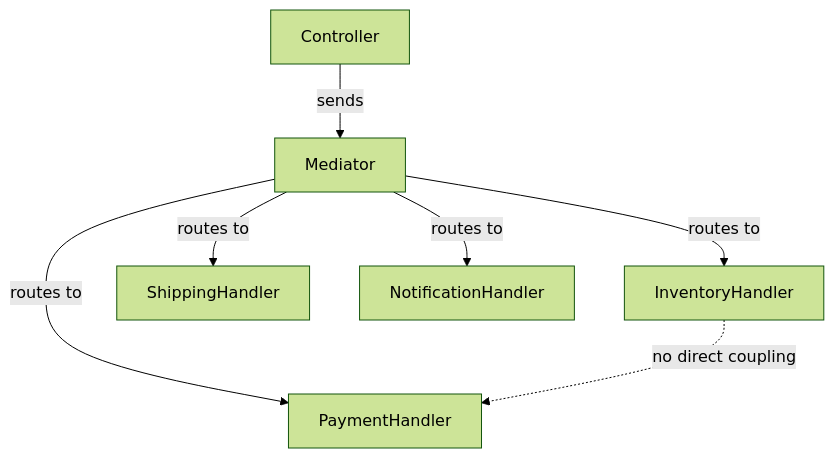
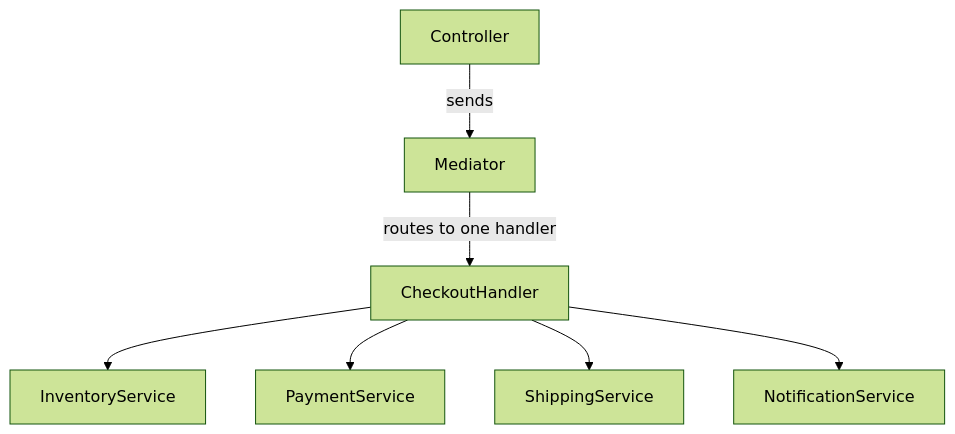
One commit to grafanaKibana/devbook.zip changed the diagram in Vault/Home/Software Architecture/Patterns/Design Patterns/Behavioral/Mediator.md. Above: the diagram before and after it, drawn with Mermaid (forest theme). The commit also changed other lines of this file and 81 other files, not shown here.

Commit message:
notes: Polished Software Architecture

````diff
--- a/Vault/Home/Software Architecture/Patterns/Design Patterns/Behavioral/Mediator.md
+++ b/Vault/Home/Software Architecture/Patterns/Design Patterns/Behavioral/Mediator.md
@@ -18,9 +20,9 @@
 ```mermaid
 flowchart TD
     Controller -->|sends| Mediator
-    Mediator -->|routes to| InventoryHandler
-    Mediator -->|routes to| PaymentHandler
-    Mediator -->|routes to| ShippingHandler
-    Mediator -->|routes to| NotificationHandler
-    InventoryHandler -.->|no direct coupling| PaymentHandler
+    Mediator -->|routes to one handler| CheckoutHandler
+    CheckoutHandler --> InventoryService
+    CheckoutHandler --> PaymentService
+    CheckoutHandler --> ShippingService
+    CheckoutHandler --> NotificationService
 ```
````
